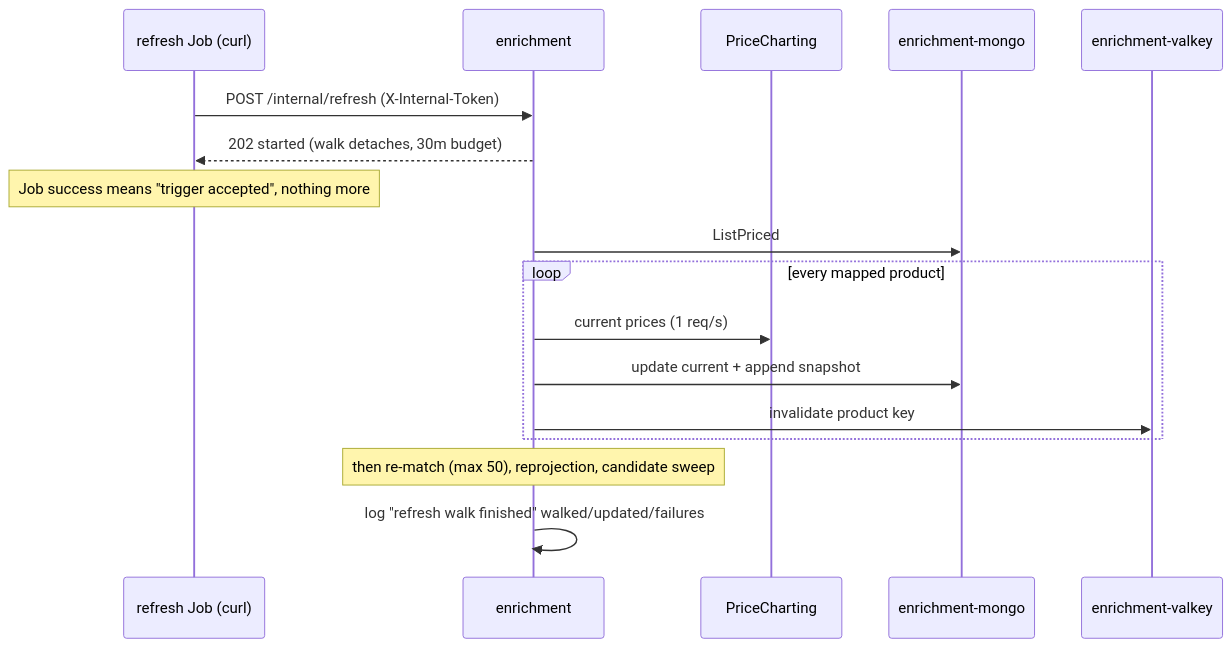
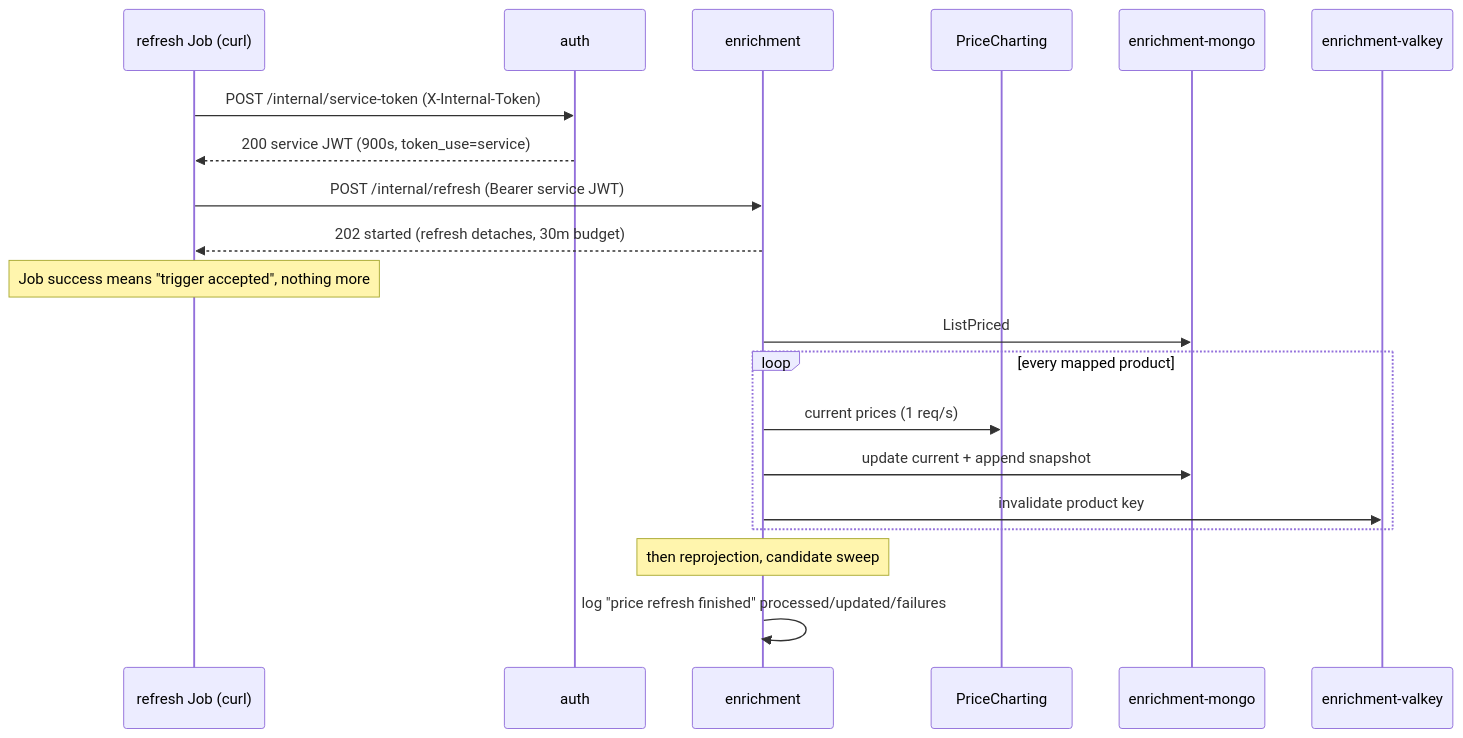
One commit to levonn-dev/vg-collect changed the second of 2 diagrams in docs/runbooks/enrichment.md. Above: the diagram before and after it, drawn with Mermaid. The commit also changed other lines of this file and 9 other files, not shown here.

````diff
--- a/docs/runbooks/enrichment.md
+++ b/docs/runbooks/enrichment.md
@@ -80,19 +90,22 @@
 ```mermaid
 sequenceDiagram
     participant J as refresh Job (curl)
+    participant A as auth
     participant E as enrichment
     participant P as PriceCharting
     participant M as enrichment-mongo
     participant V as enrichment-valkey
-    J->>E: POST /internal/refresh (X-Internal-Token)
-    E-->>J: 202 started (walk detaches, 30m budget)
+    J->>A: POST /internal/service-token (X-Internal-Token)
+    A-->>J: 200 service JWT (900s, token_use=service)
+    J->>E: POST /internal/refresh (Bearer service JWT)
+    E-->>J: 202 started (refresh detaches, 30m budget)
     Note over J: Job success means "trigger accepted", nothing more
     E->>M: ListPriced
     loop every mapped product
         E->>P: current prices (1 req/s)
         E->>M: update current + append snapshot
         E->>V: invalidate product key
     end
-    Note over E: then re-match (max 50), reprojection, candidate sweep
-    E->>E: log "refresh walk finished" walked/updated/failures
+    Note over E: then reprojection, candidate sweep
+    E->>E: log "price refresh finished" processed/updated/failures
 ```
````
